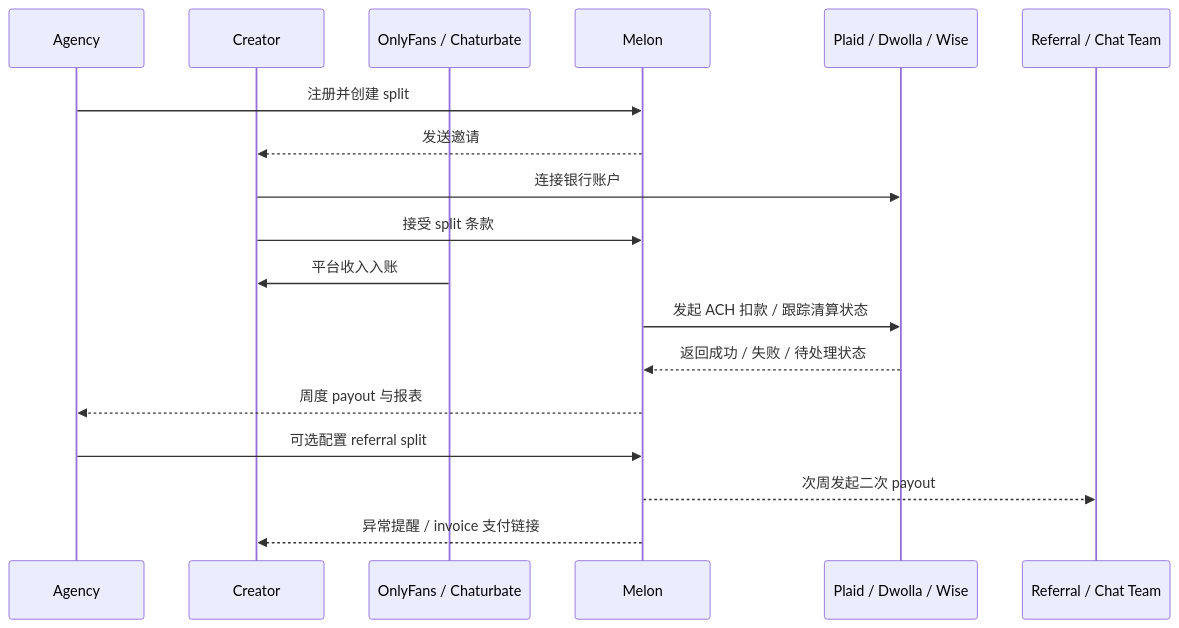
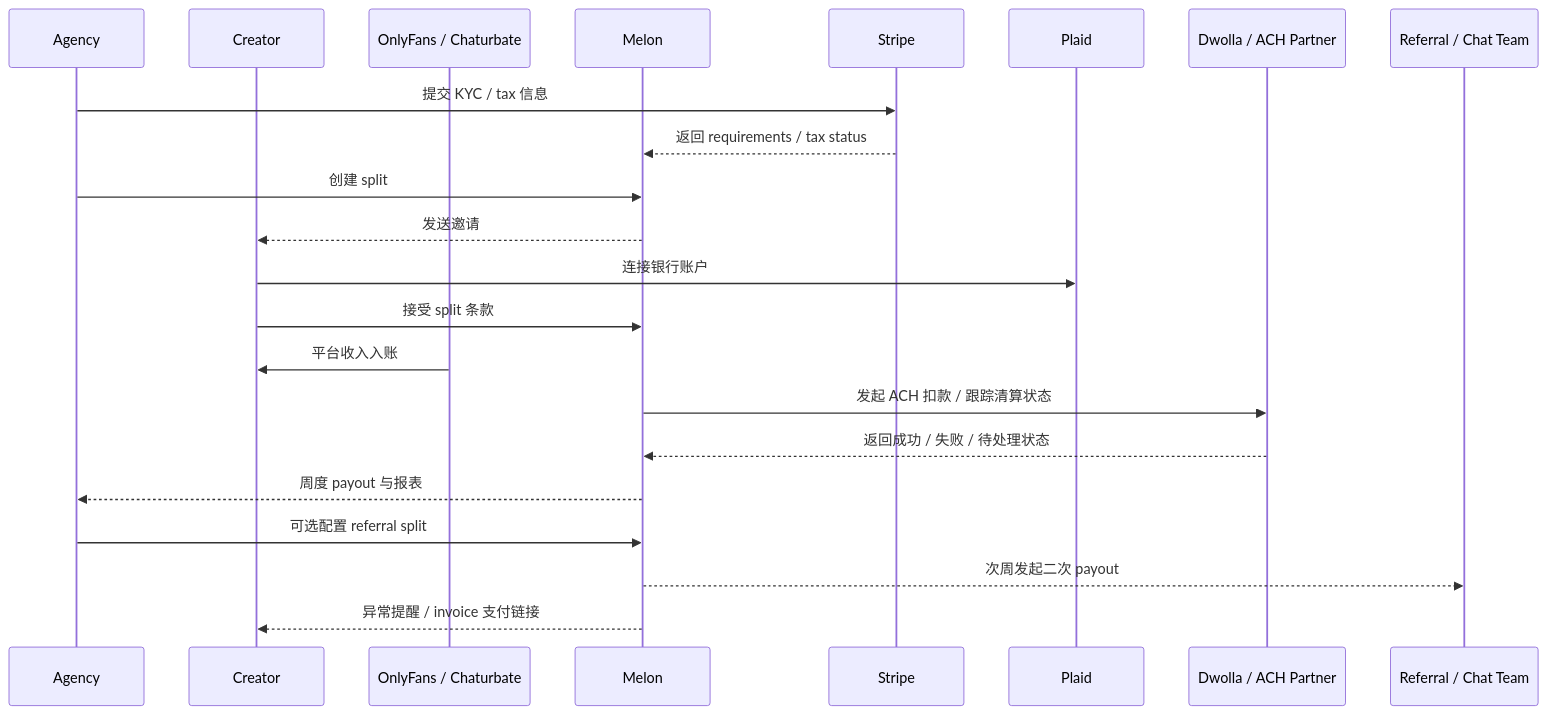
The second of 2 diagrams in reports/melon/summary.md (ryan-alexander-zhang/ryan-copilot), drawn with Mermaid before and after one commit. The commit also changed other lines of this file and 3 other files, not shown here.

````diff
--- a/reports/melon/summary.md
+++ b/reports/melon/summary.md
@@ -111,21 +116,25 @@
 ```mermaid
 sequenceDiagram
   participant Agency as Agency
   participant Creator as Creator
   participant Platform as OnlyFans / Chaturbate
   participant Melon as Melon
-  participant Partners as Plaid / Dwolla / Wise
+  participant Stripe as Stripe
+  participant Plaid as Plaid
+  participant Dwolla as Dwolla / ACH Partner
   participant Referral as Referral / Chat Team
 
-  Agency->>Melon: 注册并创建 split
+  Agency->>Stripe: 提交 KYC / tax 信息
+  Stripe-->>Melon: 返回 requirements / tax status
+  Agency->>Melon: 创建 split
   Melon-->>Creator: 发送邀请
-  Creator->>Partners: 连接银行账户
+  Creator->>Plaid: 连接银行账户
   Creator->>Melon: 接受 split 条款
   Platform->>Creator: 平台收入入账
-  Melon->>Partners: 发起 ACH 扣款 / 跟踪清算状态
-  Partners-->>Melon: 返回成功 / 失败 / 待处理状态
+  Melon->>Dwolla: 发起 ACH 扣款 / 跟踪清算状态
+  Dwolla-->>Melon: 返回成功 / 失败 / 待处理状态
   Melon-->>Agency: 周度 payout 与报表
   Agency->>Melon: 可选配置 referral split
   Melon-->>Referral: 次周发起二次 payout
   Melon-->>Creator: 异常提醒 / invoice 支付链接
 ```
````
